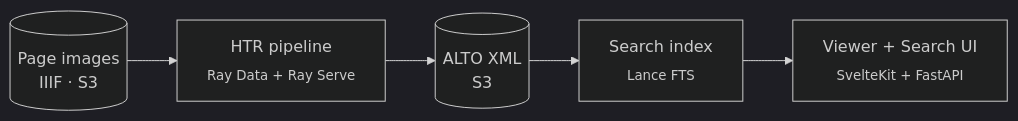
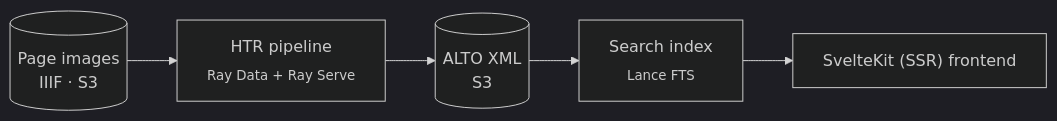
Before and after one commit to AI-Riksarkivet/rask: the diagram in docs/index.md, drawn with Mermaid (dark theme). The commit also changed other lines of this file and 20 other files, not shown here.

First line of the commit message:
docs: correct frontend/services docs after viewer-dissolve + MFE migration

````diff
--- a/docs/index.md
+++ b/docs/index.md
@@ -15,7 +15,7 @@
 ```mermaid
 flowchart LR
     img[("Page images<br/>IIIF · S3")] --> htr["HTR pipeline<br/><sub>Ray Data + Ray Serve</sub>"]
     htr --> alto[("ALTO XML<br/>S3")]
     alto --> idx["Search index<br/><sub>Lance FTS</sub>"]
-    idx --> ui["Viewer + Search UI<br/><sub>SvelteKit + FastAPI</sub>"]
+    idx --> ui["SvelteKit (SSR) frontend"]
 ```
````
